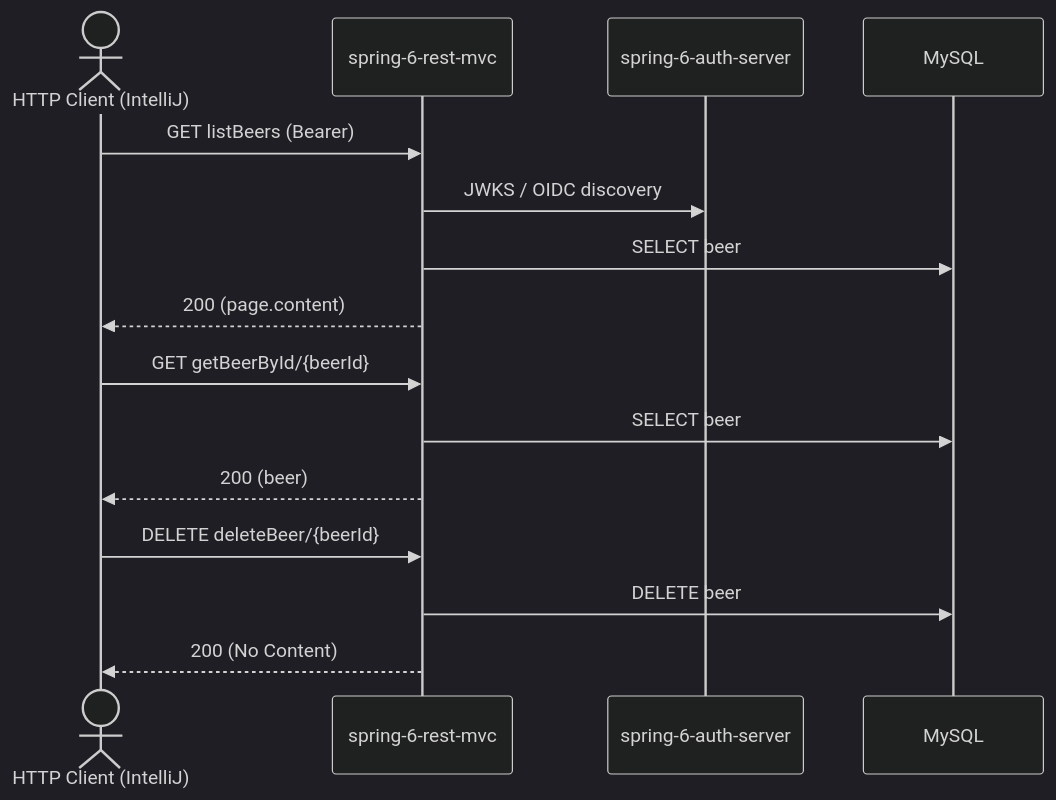
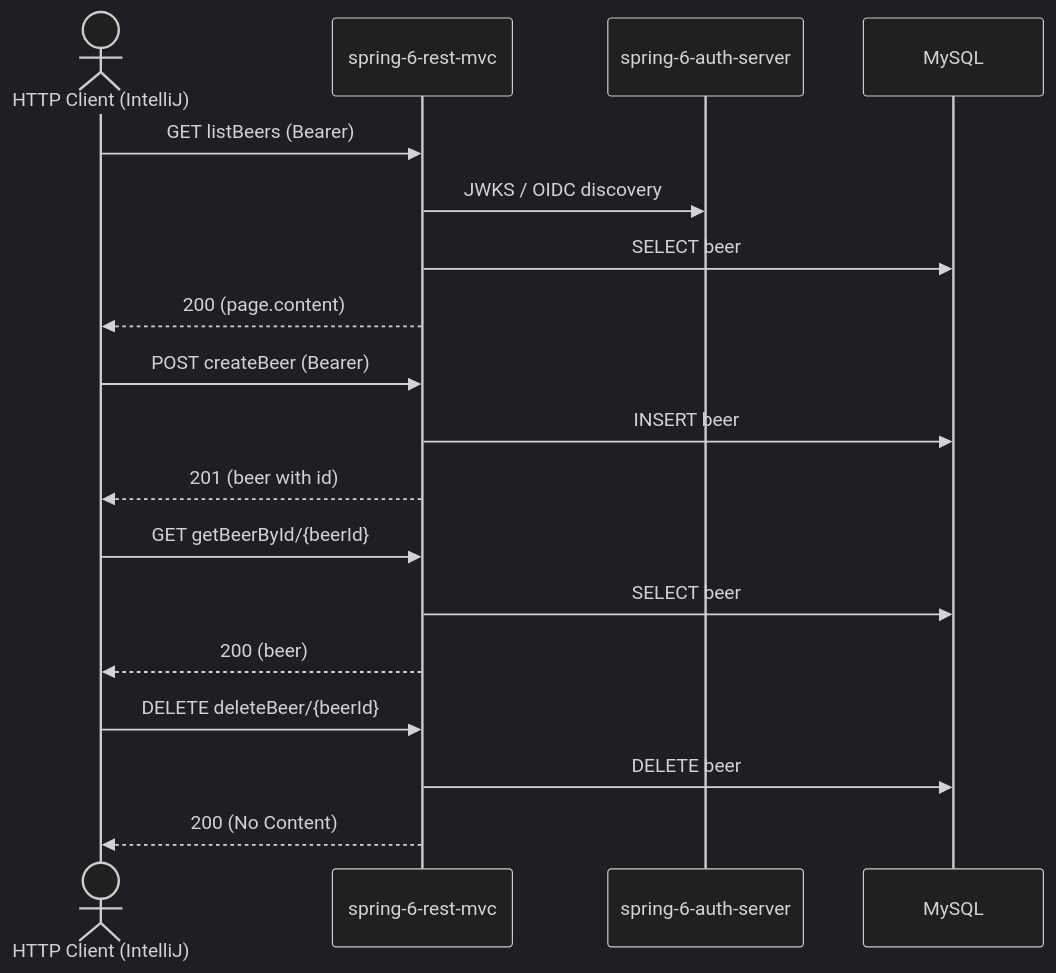
One commit to dboeckli/spring-6-gateway changed the diagram in restRequests/mvc/beer-flow-list-get-delete/beer-flow-list-get-delete.md. Above: the diagram before and after it, drawn with Mermaid (dark theme). The commit also changed other lines of this file and 7 other files, not shown here.

First line of the commit message:
fix(bruno): make mvc beer delete flow deterministic (#293)

````diff
--- a/restRequests/mvc/beer-flow-list-get-delete/beer-flow-list-get-delete.md
+++ b/restRequests/mvc/beer-flow-list-get-delete/beer-flow-list-get-delete.md
@@ -11,20 +15,24 @@
 ```mermaid
 sequenceDiagram
     actor C as HTTP Client (IntelliJ)
     participant MVC as spring-6-rest-mvc
     participant AS as spring-6-auth-server
     participant DB as MySQL
 
     C->>MVC: GET listBeers (Bearer)
     MVC->>AS: JWKS / OIDC discovery
     MVC->>DB: SELECT beer
     MVC-->>C: 200 (page.content)
 
+    C->>MVC: POST createBeer (Bearer)
+    MVC->>DB: INSERT beer
+    MVC-->>C: 201 (beer with id)
+
     C->>MVC: GET getBeerById/{beerId}
     MVC->>DB: SELECT beer
     MVC-->>C: 200 (beer)
 
     C->>MVC: DELETE deleteBeer/{beerId}
     MVC->>DB: DELETE beer
     MVC-->>C: 200 (No Content)
 ```
````
